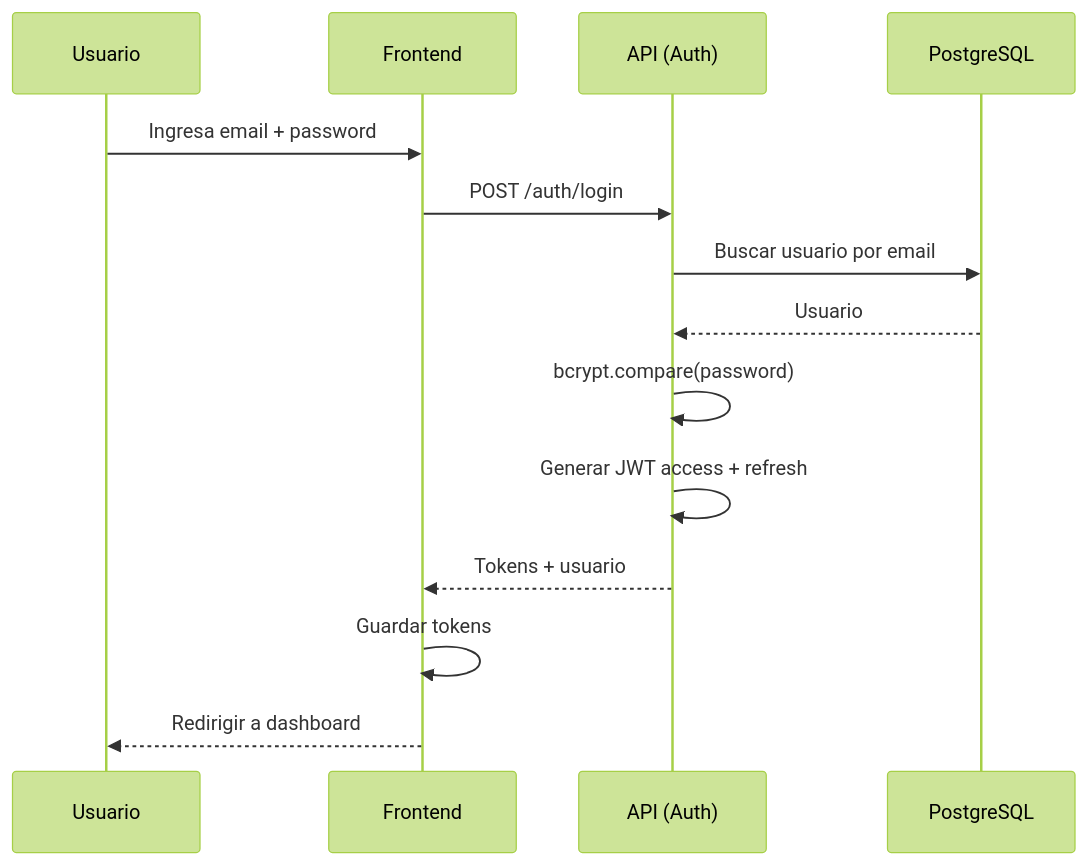
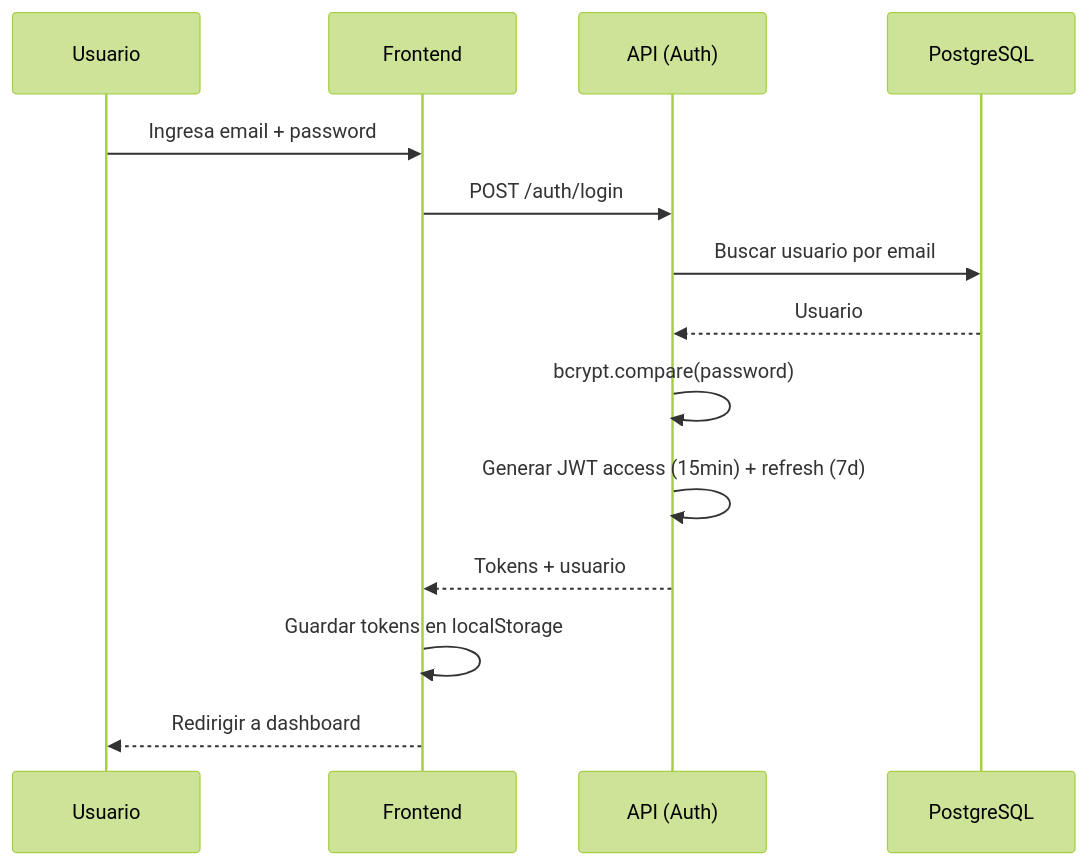
One commit to Deividcodv/proyecto-analisis-Eduviagt changed the third of 15 diagrams in doc/architecture/diagrams.md. Above: the diagram before and after it, drawn with Mermaid (forest theme). The commit also changed other lines of this file and 40 other files, not shown here.

````diff
--- a/doc/architecture/diagrams.md
+++ b/doc/architecture/diagrams.md
@@ -49,17 +70,17 @@
 ```mermaid
 sequenceDiagram
     participant U as Usuario
     participant W as Frontend
     participant A as API (Auth)
     participant DB as PostgreSQL
 
     U->>W: Ingresa email + password
     W->>A: POST /auth/login
     A->>DB: Buscar usuario por email
     DB-->>A: Usuario
     A->>A: bcrypt.compare(password)
-    A->>A: Generar JWT access + refresh
+    A->>A: Generar JWT access (15min) + refresh (7d)
     A-->>W: Tokens + usuario
-    W->>W: Guardar tokens
+    W->>W: Guardar tokens en localStorage
     W-->>U: Redirigir a dashboard
 ```
````
